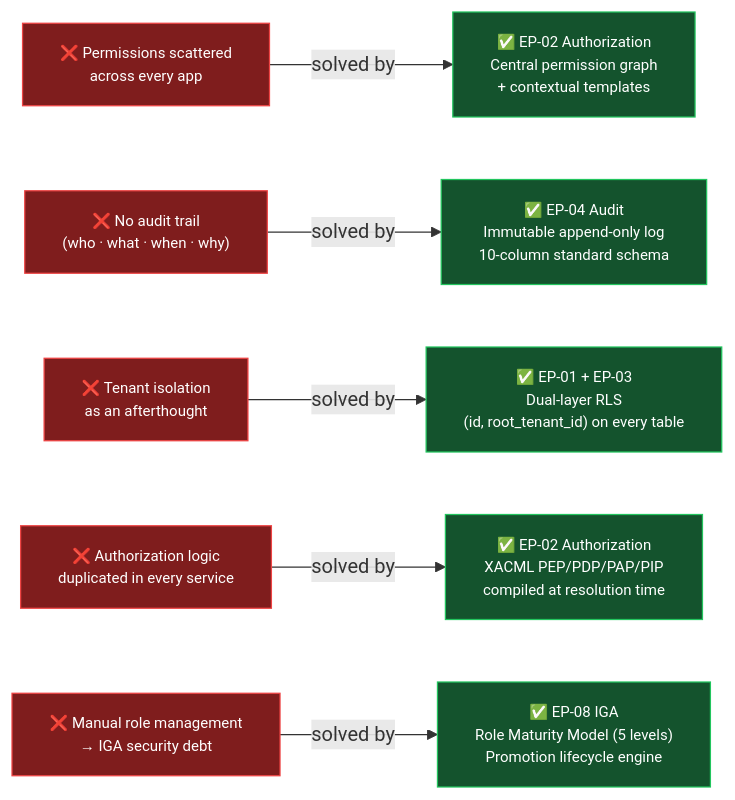
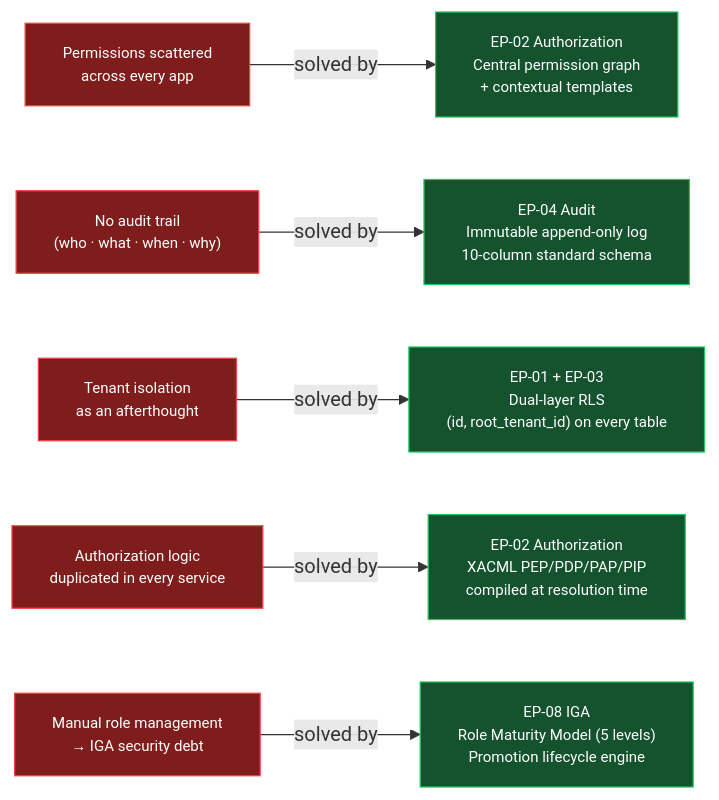
The first of 7 diagrams in reference/knowledge/demo/ums-technical-overview.md (beyondnetcode/evolith_arch32), drawn with Mermaid before and after one commit. The commit also changed other lines of this file and 41 other files, not shown here.

````diff
--- a/reference/knowledge/demo/ums-technical-overview.md
+++ b/reference/knowledge/demo/ums-technical-overview.md
@@ -30,23 +30,23 @@
 ```mermaid
 flowchart LR
     classDef problem fill:#7f1d1d,stroke:#ef4444,color:#fff,font-size:12px
     classDef solution fill:#14532d,stroke:#22c55e,color:#fff,font-size:12px
 
-    P1["❌ Permissions scattered\nacross every app"]:::problem
-    P2["❌ No audit trail\n(who · what · when · why)"]:::problem
-    P3["❌ Tenant isolation\nas an afterthought"]:::problem
-    P4["❌ Authorization logic\nduplicated in every service"]:::problem
-    P5["❌ Manual role management\n→ IGA security debt"]:::problem
+    P1[" Permissions scattered\nacross every app"]:::problem
+    P2[" No audit trail\n(who · what · when · why)"]:::problem
+    P3[" Tenant isolation\nas an afterthought"]:::problem
+    P4[" Authorization logic\nduplicated in every service"]:::problem
+    P5[" Manual role management\n→ IGA security debt"]:::problem
 
-    S1["✅ EP-02 Authorization\nCentral permission graph\n+ contextual templates"]:::solution
-    S2["✅ EP-04 Audit\nImmutable append-only log\n10-column standard schema"]:::solution
-    S3["✅ EP-01 + EP-03\nDual-layer RLS\n(id, root_tenant_id) on every table"]:::solution
-    S4["✅ EP-02 Authorization\nXACML PEP/PDP/PAP/PIP\ncompiled at resolution time"]:::solution
-    S5["✅ EP-08 IGA\nRole Maturity Model (5 levels)\nPromotion lifecycle engine"]:::solution
+    S1[" EP-02 Authorization\nCentral permission graph\n+ contextual templates"]:::solution
+    S2[" EP-04 Audit\nImmutable append-only log\n10-column standard schema"]:::solution
+    S3[" EP-01 + EP-03\nDual-layer RLS\n(id, root_tenant_id) on every table"]:::solution
+    S4[" EP-02 Authorization\nXACML PEP/PDP/PAP/PIP\ncompiled at resolution time"]:::solution
+    S5[" EP-08 IGA\nRole Maturity Model (5 levels)\nPromotion lifecycle engine"]:::solution
 
     P1 -->|"solved by"| S1
     P2 -->|"solved by"| S2
     P3 -->|"solved by"| S3
     P4 -->|"solved by"| S4
     P5 -->|"solved by"| S5
 ```
````
